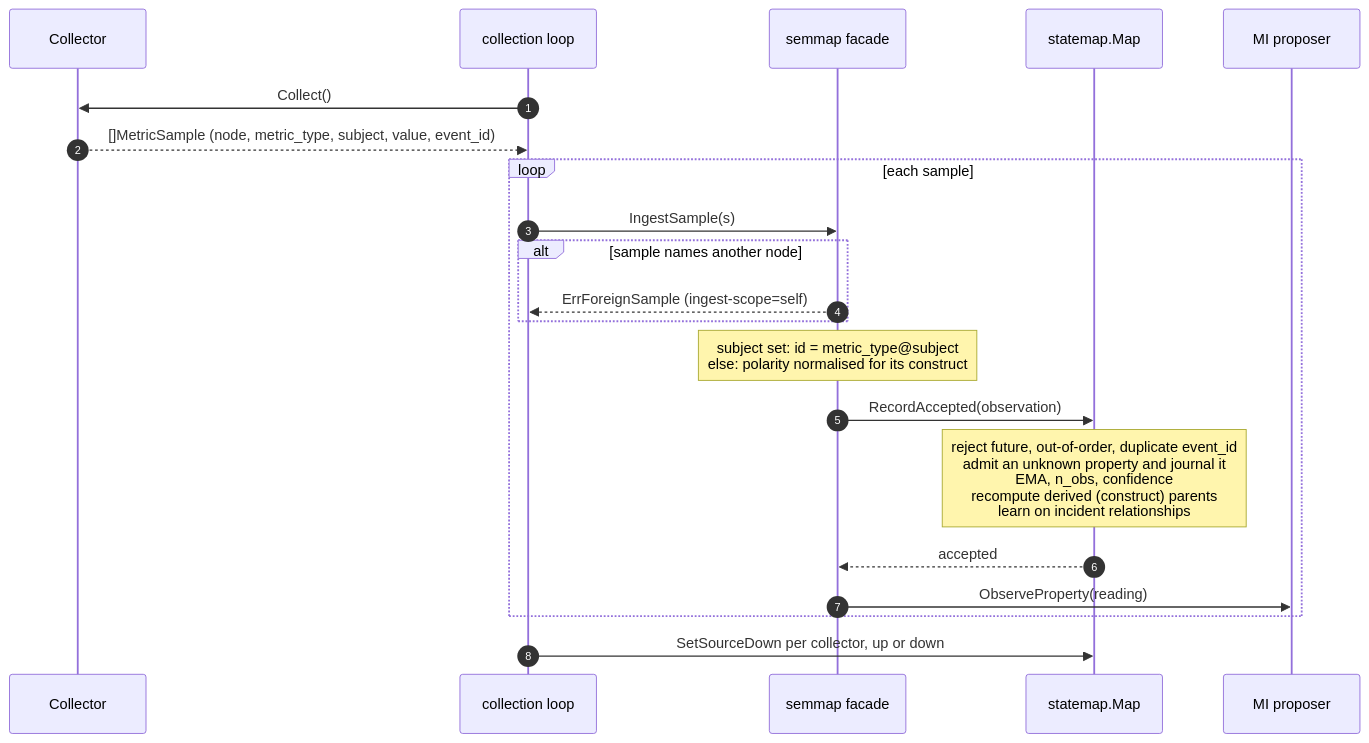
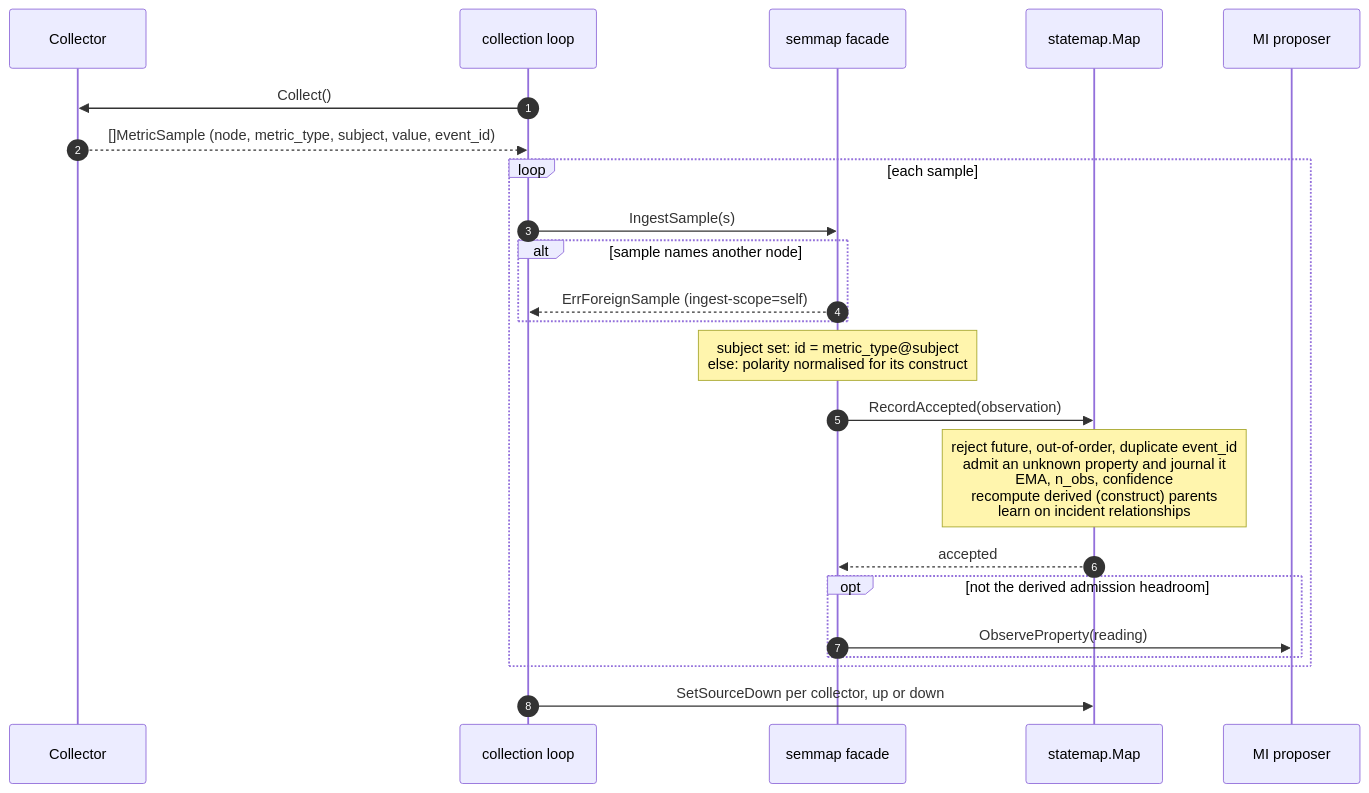
Before and after one commit to DiyazY/di-agent: the fourth of 21 diagrams in docs/architecture-diagrams.md, drawn with Mermaid. The commit also changed other lines of this file and 9 other files, not shown here.

````diff
--- a/docs/architecture-diagrams.md
+++ b/docs/architecture-diagrams.md
@@ -194,24 +194,26 @@
 ```mermaid
 sequenceDiagram
     autonumber
     participant C as Collector
     participant L as collection loop
     participant F as semmap facade
     participant M as statemap.Map
     participant P as MI proposer
 
     L->>C: Collect()
     C-->>L: []MetricSample (node, metric_type, subject, value, event_id)
     loop each sample
         L->>F: IngestSample(s)
         alt sample names another node
             F-->>L: ErrForeignSample (ingest-scope=self)
         end
         Note over F: subject set: id = metric_type@subject<br/>else: polarity normalised for its construct
         F->>M: RecordAccepted(observation)
         Note over M: reject future, out-of-order, duplicate event_id<br/>admit an unknown property and journal it<br/>EMA, n_obs, confidence<br/>recompute derived (construct) parents<br/>learn on incident relationships
         M-->>F: accepted
-        F->>P: ObserveProperty(reading)
+        opt not the derived admission headroom
+            F->>P: ObserveProperty(reading)
+        end
     end
     L->>M: SetSourceDown per collector, up or down
 ```
````
